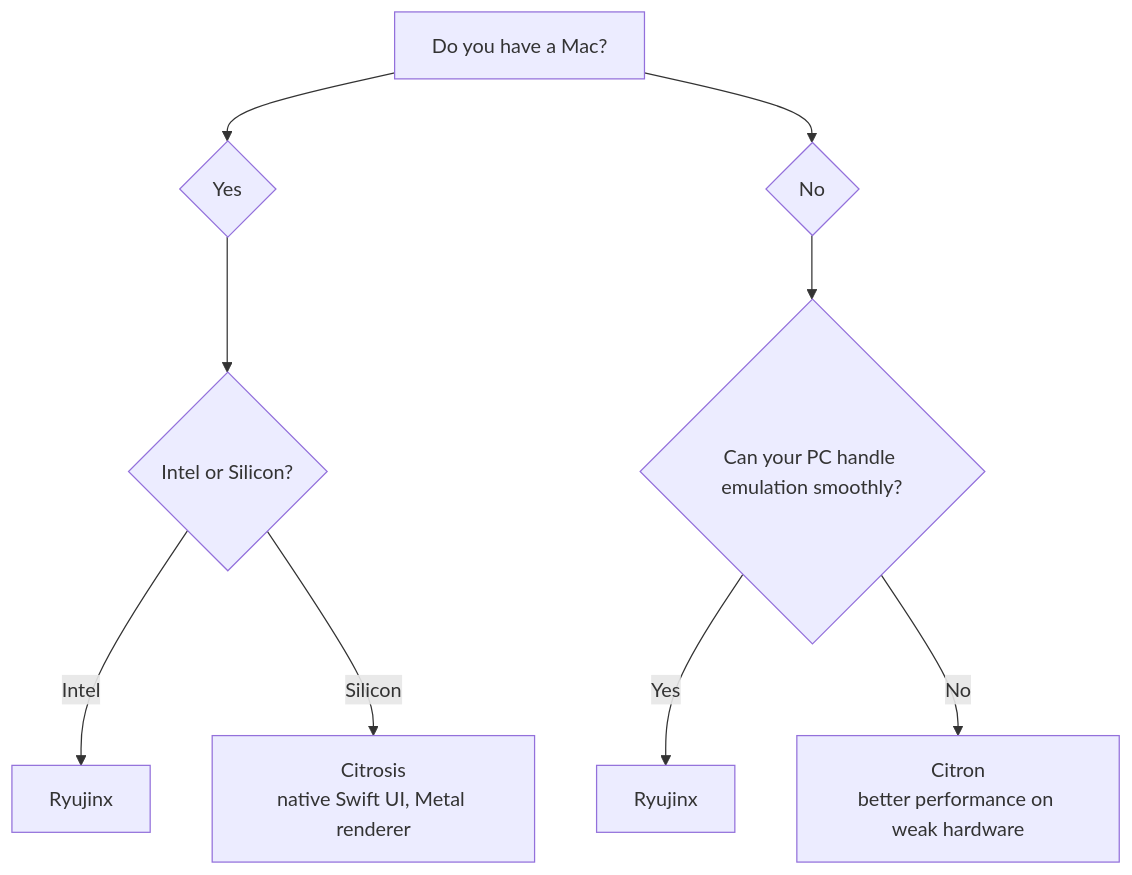
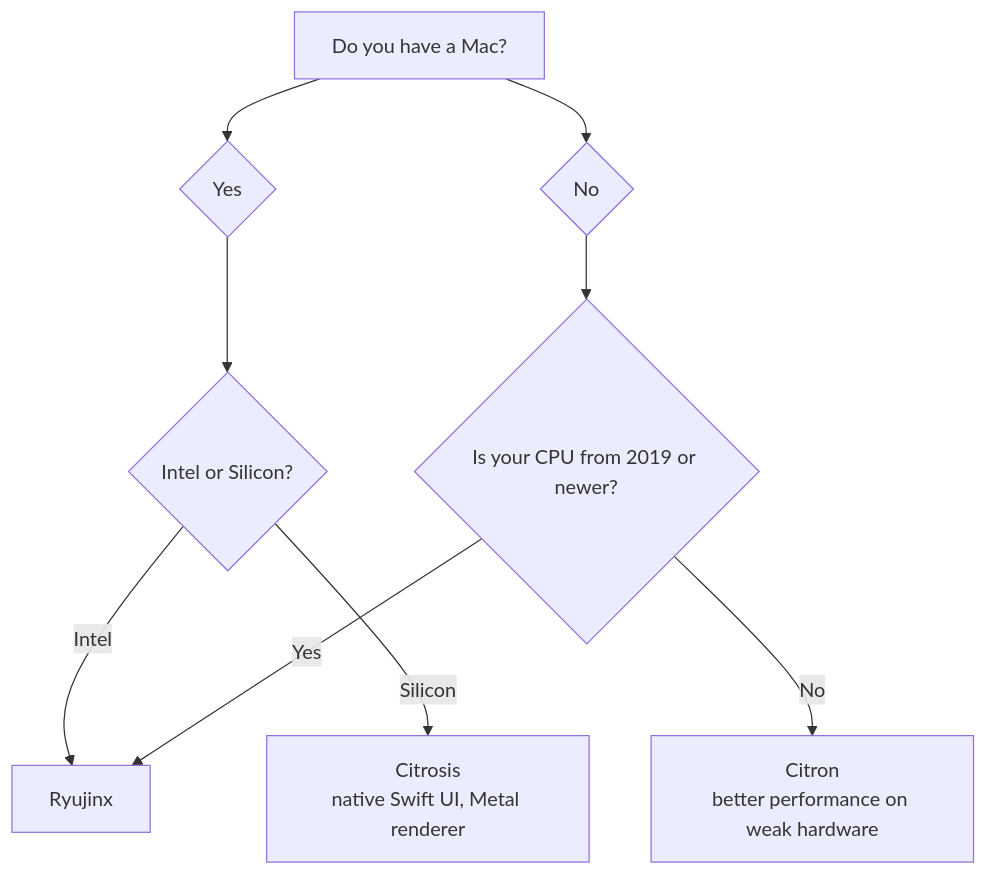
The diagram in README.md (GRID0-net/GRID0), drawn with Mermaid before and after one commit. The commit also changed other lines of this file, not shown here.

Commit message:
merge ryujinx nodes and clarify cpu question

````diff
--- a/README.md
+++ b/README.md
@@ -54,12 +54,12 @@
 ```mermaid
 graph TD
     A[Do you have a Mac?] --> B{Yes}
     A --> C{No}
     B --> D{Intel or Silicon?}
     D -->|Intel| E[Ryujinx]
     D -->|Silicon| F[Citrosis<br/>native Swift UI, Metal renderer]
-    C --> G{Can your PC handle emulation smoothly?}
-    G -->|Yes| H[Ryujinx]
+    C --> G{Is your CPU from 2019 or newer?}
+    G -->|Yes| E
     G -->|No| I[Citron<br/>better performance on weak hardware]
     click I "https://github.com/GRID0-net/GRID0-citron"
 ```
````
